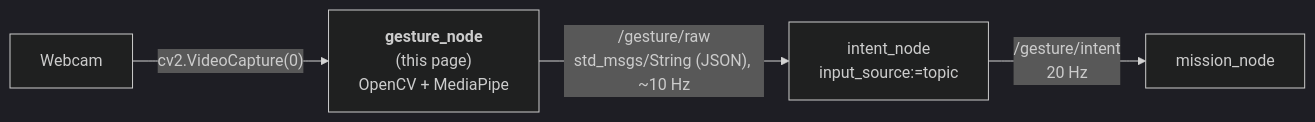
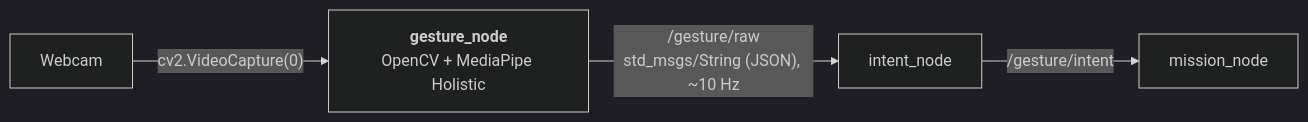
One commit to SEAME-pt/SEA-ME_Team1_ROSRangers changed the diagram in docs/PraticalPlan/06 Gestures/02 Gesture Node.md. Above: the diagram before and after it, drawn with Mermaid (dark theme). The commit also changed other lines of this file and 11 other files, not shown here.

````diff
--- a/docs/PraticalPlan/06 Gestures/02 Gesture Node.md
+++ b/docs/PraticalPlan/06 Gestures/02 Gesture Node.md
@@ -41,6 +31,6 @@
 ```mermaid
 flowchart LR
-  W[Webcam] -->|"cv2.VideoCapture(0)"| G["<b>gesture_node</b><br/>(this page)<br/>OpenCV + MediaPipe"]
-  G -->|"/gesture/raw<br/>std_msgs/String (JSON), ~10 Hz"| I["intent_node<br/>input_source:=topic"]
-  I -->|"/gesture/intent<br/>20 Hz"| M["mission_node"]
+  W[Webcam] -->|"cv2.VideoCapture(0)"| G["<b>gesture_node</b><br/>OpenCV + MediaPipe Holistic"]
+  G -->|"/gesture/raw<br/>std_msgs/String (JSON), ~10 Hz"| I["intent_node"]
+  I -->|"/gesture/intent"| M["mission_node"]
 ```
````
